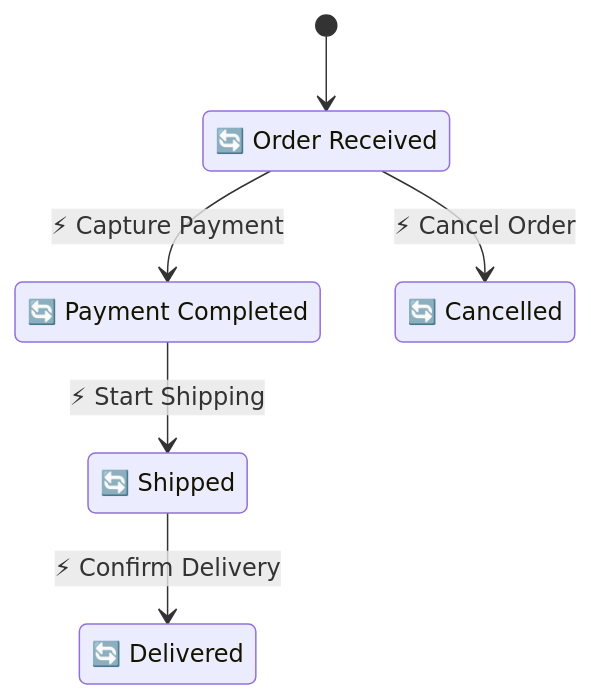
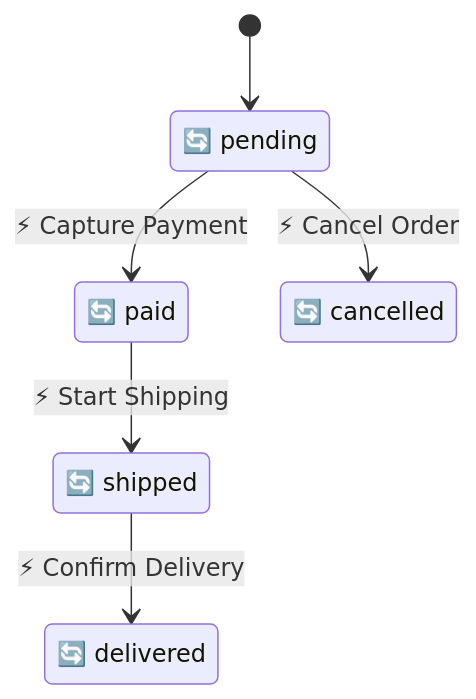
One commit to manji-0/rdra-ish-dsl changed the diagram in samples/ec-site/out/state.mmd. Above: the diagram before and after it, drawn with Mermaid. The commit also changed 23 other files, not shown here.

```diff
--- a/samples/ec-site/out/state.mmd
+++ b/samples/ec-site/out/state.mmd
@@ -1,11 +1,11 @@
 stateDiagram-v2
-  [*] --> Pending
-  state "🔄 Payment Completed" as Paid
-  state "🔄 Shipped" as Shipped
-  state "🔄 Order Received" as Pending
-  state "🔄 Cancelled" as Cancelled
-  state "🔄 Delivered" as Delivered
-  Paid --> Shipped : ⚡ Start Shipping
-  Pending --> Cancelled : ⚡ Cancel Order
-  Pending --> Paid : ⚡ Capture Payment
-  Shipped --> Delivered : ⚡ Confirm Delivery
+  [*] --> Order_pending
+  state "🔄 paid" as Order_paid
+  state "🔄 shipped" as Order_shipped
+  state "🔄 pending" as Order_pending
+  state "🔄 cancelled" as Order_cancelled
+  state "🔄 delivered" as Order_delivered
+  Order_paid --> Order_shipped : ⚡ Start Shipping
+  Order_pending --> Order_cancelled : ⚡ Cancel Order
+  Order_pending --> Order_paid : ⚡ Capture Payment
+  Order_shipped --> Order_delivered : ⚡ Confirm Delivery
```
